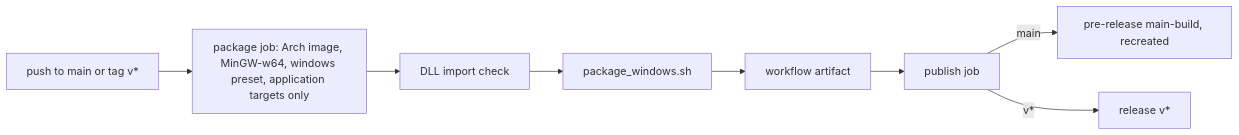
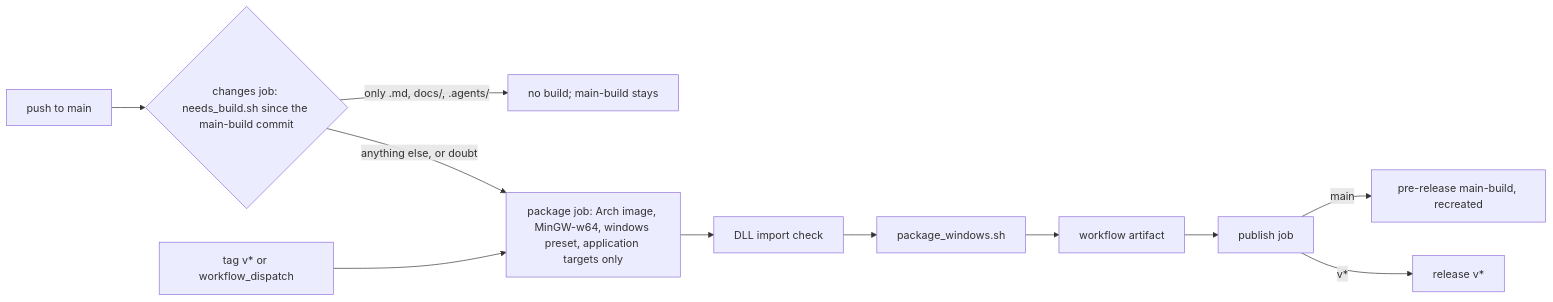
One commit to SMB-M87/Kinetra-Lab changed the diagram in tools/release/README.md. Above: the diagram before and after it, drawn with Mermaid. The commit also changed other lines of this file and 2 other files, not shown here.

First line of the commit message:
ci(release): skip the Windows build when only docs changed

````diff
--- a/tools/release/README.md
+++ b/tools/release/README.md
@@ -40,9 +40,12 @@
 ```mermaid
 flowchart LR
-    Push["push to main or tag v*"] --> Build["package job: Arch image, MinGW-w64, windows preset, application targets only"]
+    Main["push to main"] --> Changes{"changes job: needs_build.sh since the main-build commit"}
+    Changes -->|"only .md, docs/, .agents/"| Keep["no build; main-build stays"]
+    Changes -->|"anything else, or doubt"| Build
+    Tag["tag v* or workflow_dispatch"] --> Build["package job: Arch image, MinGW-w64, windows preset, application targets only"]
     Build --> Check["DLL import check"] --> Zip["package_windows.sh"]
     Zip --> Artifact["workflow artifact"]
     Artifact --> Publish["publish job"]
     Publish -->|main| MainBuild["pre-release main-build, recreated"]
     Publish -->|v*| Release["release v*"]
 ```
````
